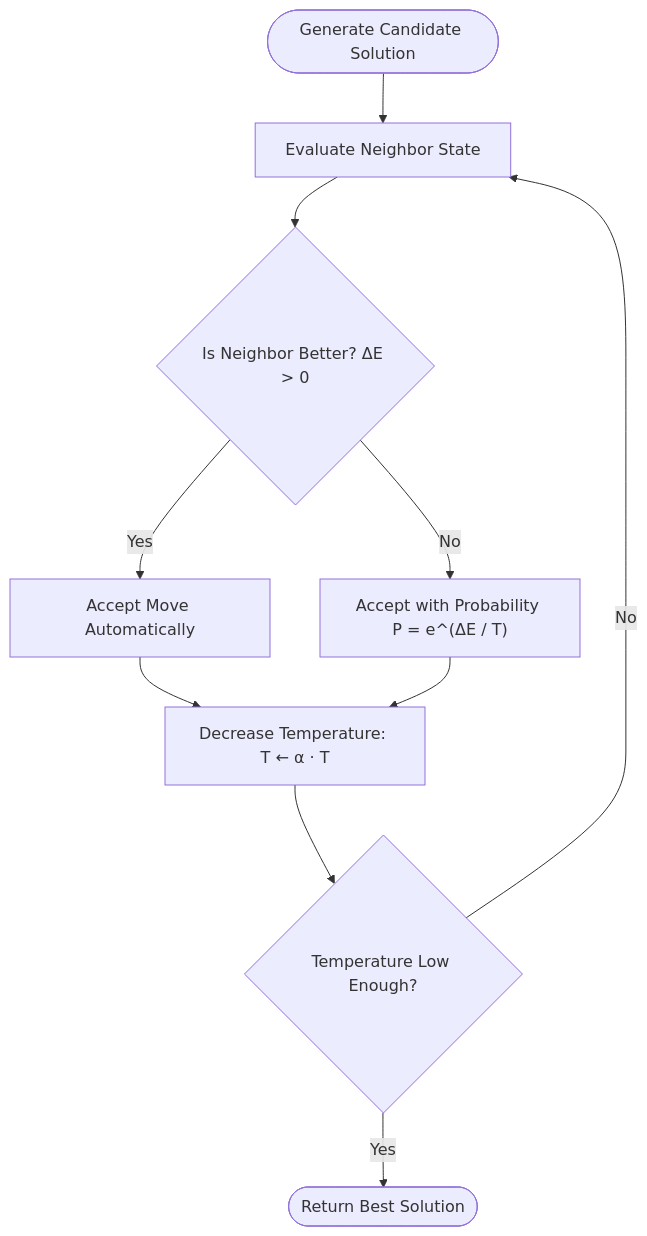
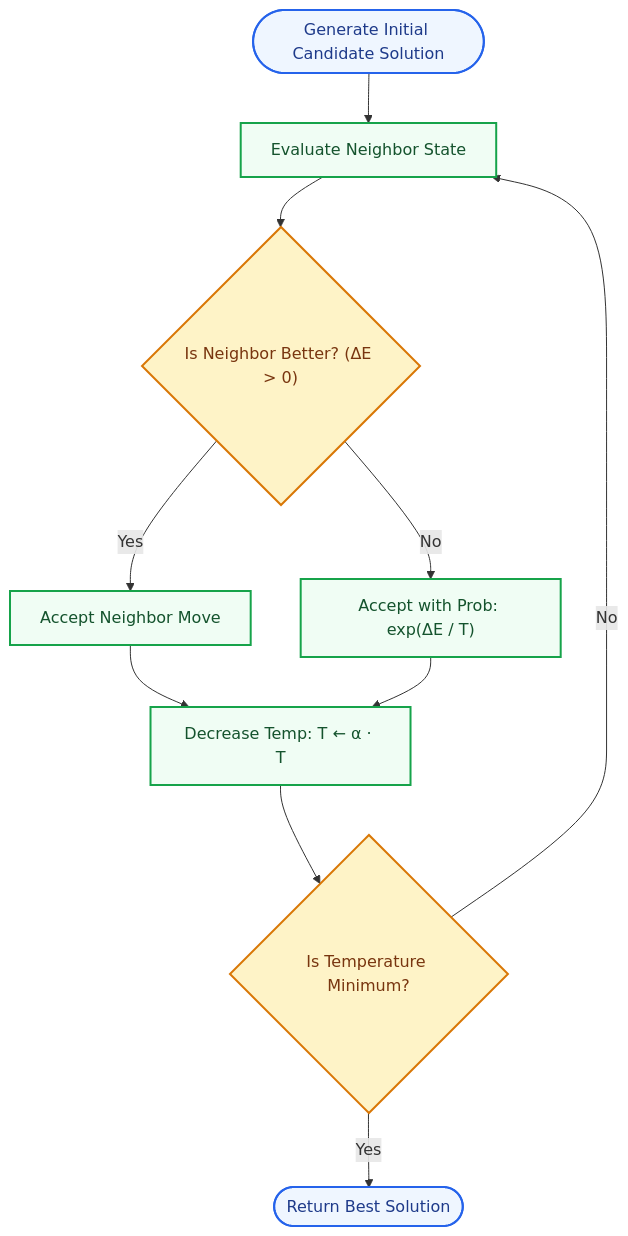
One commit to shimulshoishob/Artificial_Intelligence_CSE366 changed diagram 13 of 31 in README.md. Above: the diagram before and after it, drawn with Mermaid. The commit also changed other lines of this file, not shown here.

````diff
--- a/README.md
+++ b/README.md
@@ -650,12 +750,20 @@
 ```mermaid
 flowchart TD
-    Start([Generate Candidate Solution]) --> Eval[Evaluate Neighbor State]
-    Eval --> Check{Is Neighbor Better? ΔE > 0}
-    Check -- Yes --> Accept[Accept Move Automatically]
-    Check -- No --> Prob["Accept with Probability P = e^(ΔE / T)"]
-    Accept --> Cool[Decrease Temperature: T ← α · T]
+    Start(["Generate Initial Candidate Solution"]) --> Eval["Evaluate Neighbor State"]
+    Eval --> Check{"Is Neighbor Better? (ΔE > 0)"}
+    Check -- Yes --> Accept["Accept Neighbor Move"]
+    Check -- No --> Prob["Accept with Prob: exp(ΔE / T)"]
+    Accept --> Cool["Decrease Temp: T ← α · T"]
     Prob --> Cool
-    Cool --> StopCheck{Temperature Low Enough?}
+    Cool --> StopCheck{"Is Temperature Minimum?"}
     StopCheck -- No --> Eval
-    StopCheck -- Yes --> Done([Return Best Solution])
+    StopCheck -- Yes --> Done(["Return Best Solution"])
+
+    classDef process fill:#f0fdf4,stroke:#16a34a,stroke-width:2px,color:#14532d;
+    classDef decision fill:#fef3c7,stroke:#d97706,stroke-width:2px,color:#78350f;
+    classDef term fill:#eff6ff,stroke:#2563eb,stroke-width:2px,color:#1e3a8a;
+
+    class Eval,Accept,Cool,Prob process;
+    class Check,StopCheck decision;
+    class Start,Done term;
 ```
````
